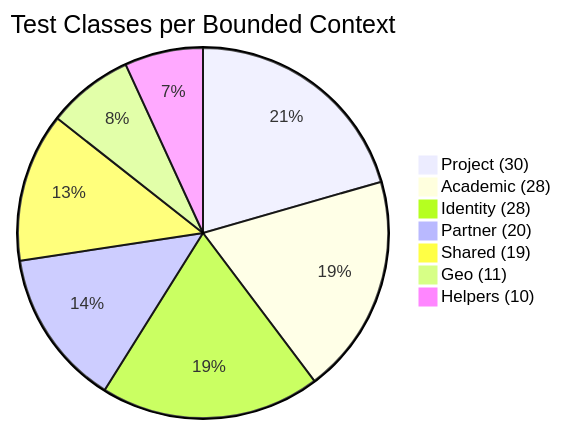
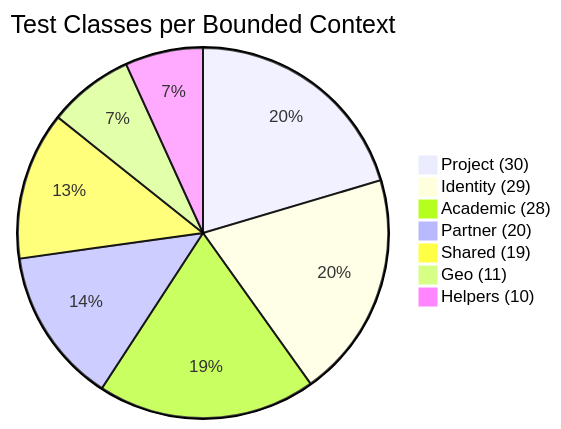
The second of 7 diagrams in src/test/README.md (Plataforma-Universidade-Gratuita/pug-service), drawn with Mermaid before and after one commit. The commit also changed other lines of this file and 34 other files, not shown here.

````diff
--- a/src/test/README.md
+++ b/src/test/README.md
@@ -44,10 +44,10 @@
 ```mermaid
 pie title Test Classes per Bounded Context
     "Project (30)" : 30
+    "Identity (29)" : 29
     "Academic (28)" : 28
-    "Identity (28)" : 28
     "Partner (20)" : 20
     "Shared (19)" : 19
     "Geo (11)" : 11
     "Helpers (10)" : 10
 ```
````
